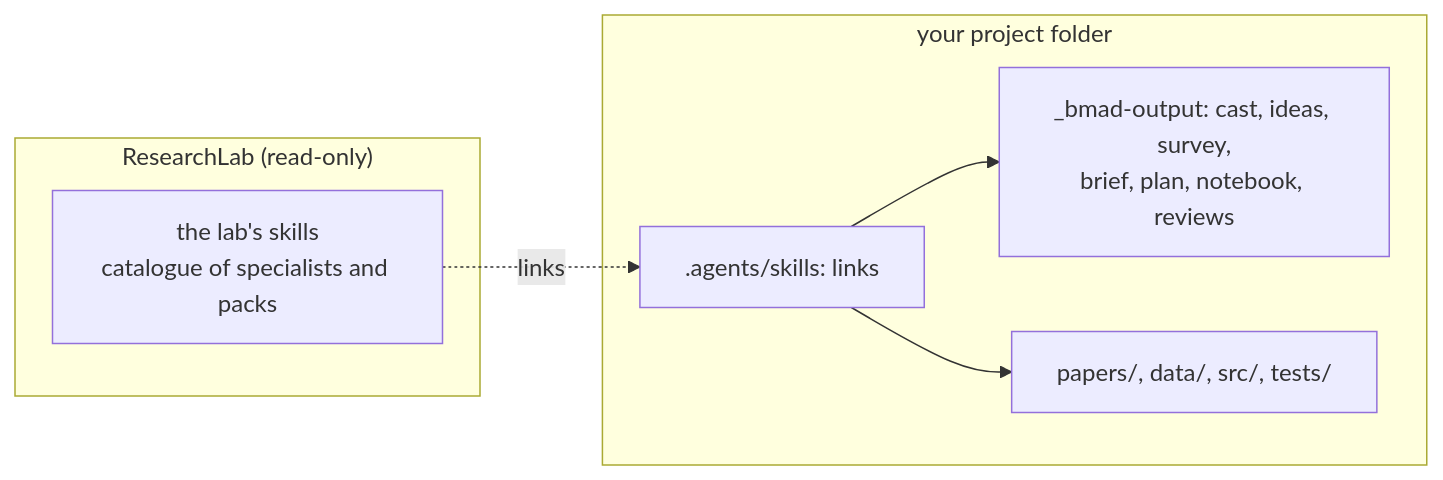
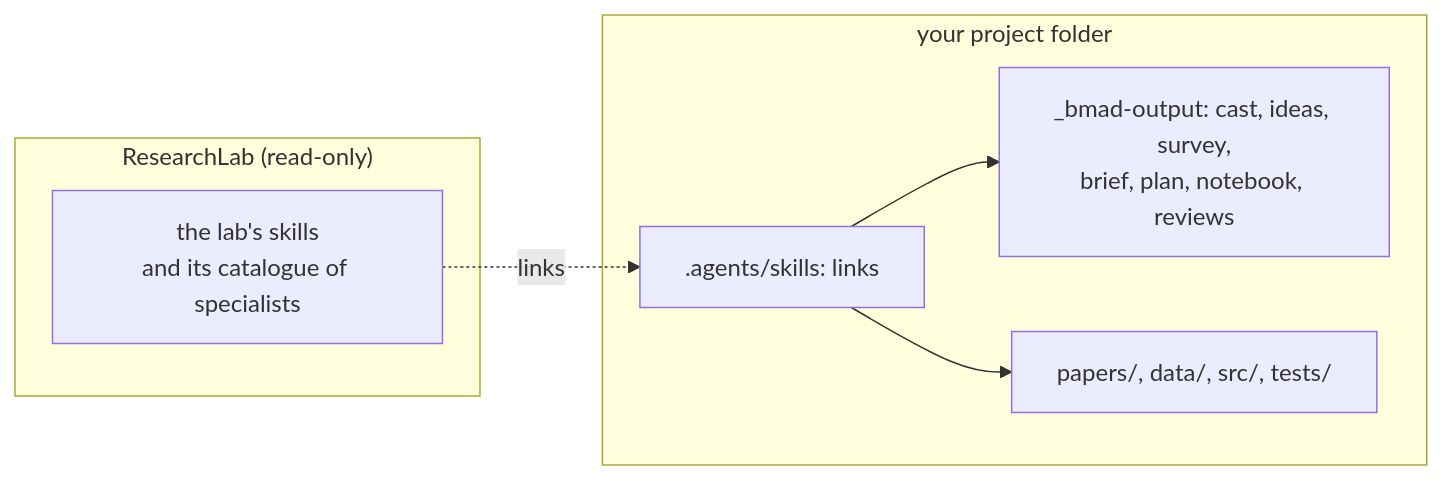
One commit to ozcankasal/ResearchLab changed the first of 6 diagrams in README.md. Above: the diagram before and after it, drawn with Mermaid. The commit also changed other lines of this file and 17 other files, not shown here.

````diff
--- a/README.md
+++ b/README.md
@@ -94,14 +94,14 @@
 ```mermaid
 flowchart LR
     subgraph LAB["ResearchLab (read-only)"]
-        SK["the lab's skills<br/>catalogue of specialists and packs"]
+        SK["the lab's skills<br/>and its catalogue of specialists"]
     end
     subgraph PRJ["your project folder"]
         LN[".agents/skills: links"]
         OUT["_bmad-output: cast, ideas, survey,<br/>brief, plan, notebook, reviews"]
         PAP["papers/, data/, src/, tests/"]
     end
     SK -.->|links| LN
     LN --> OUT
     LN --> PAP
 ```
````
